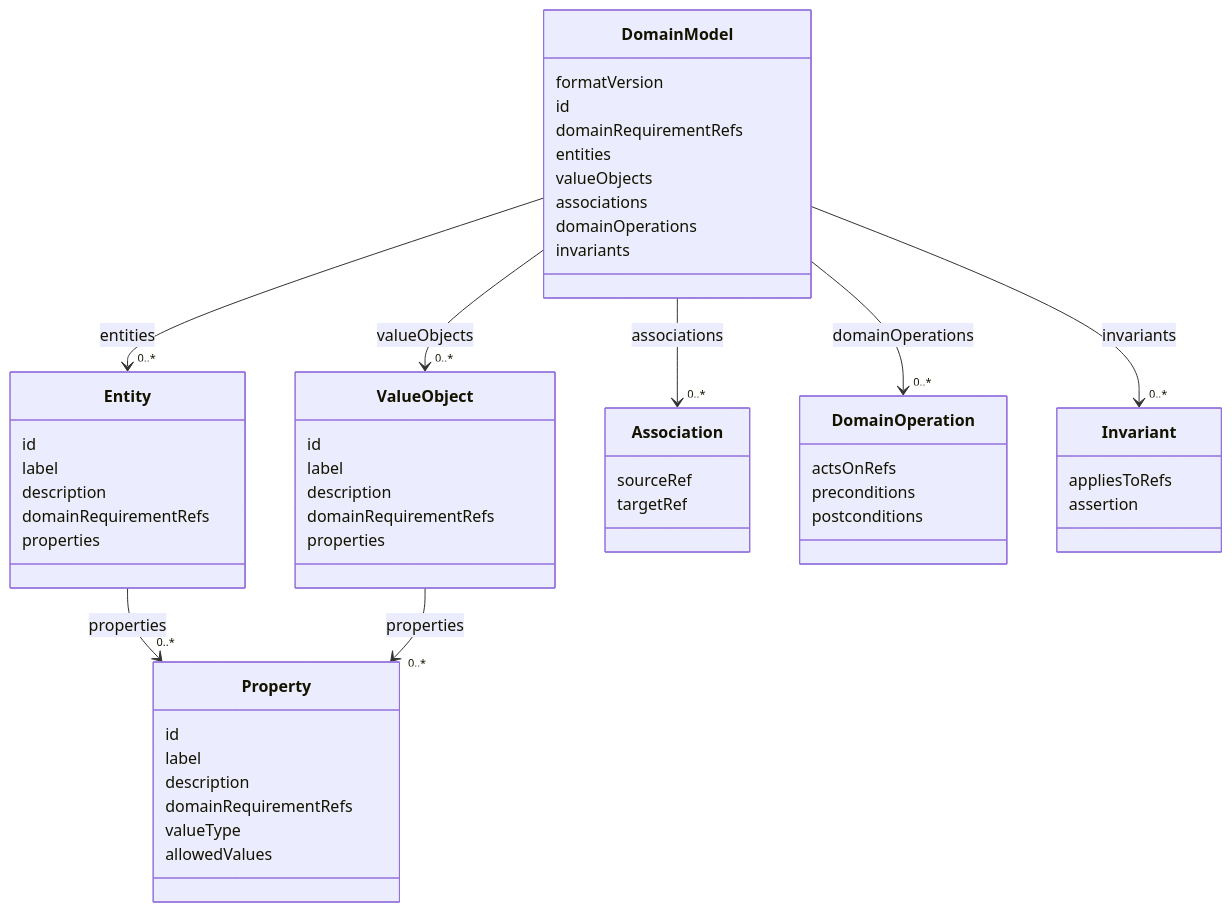
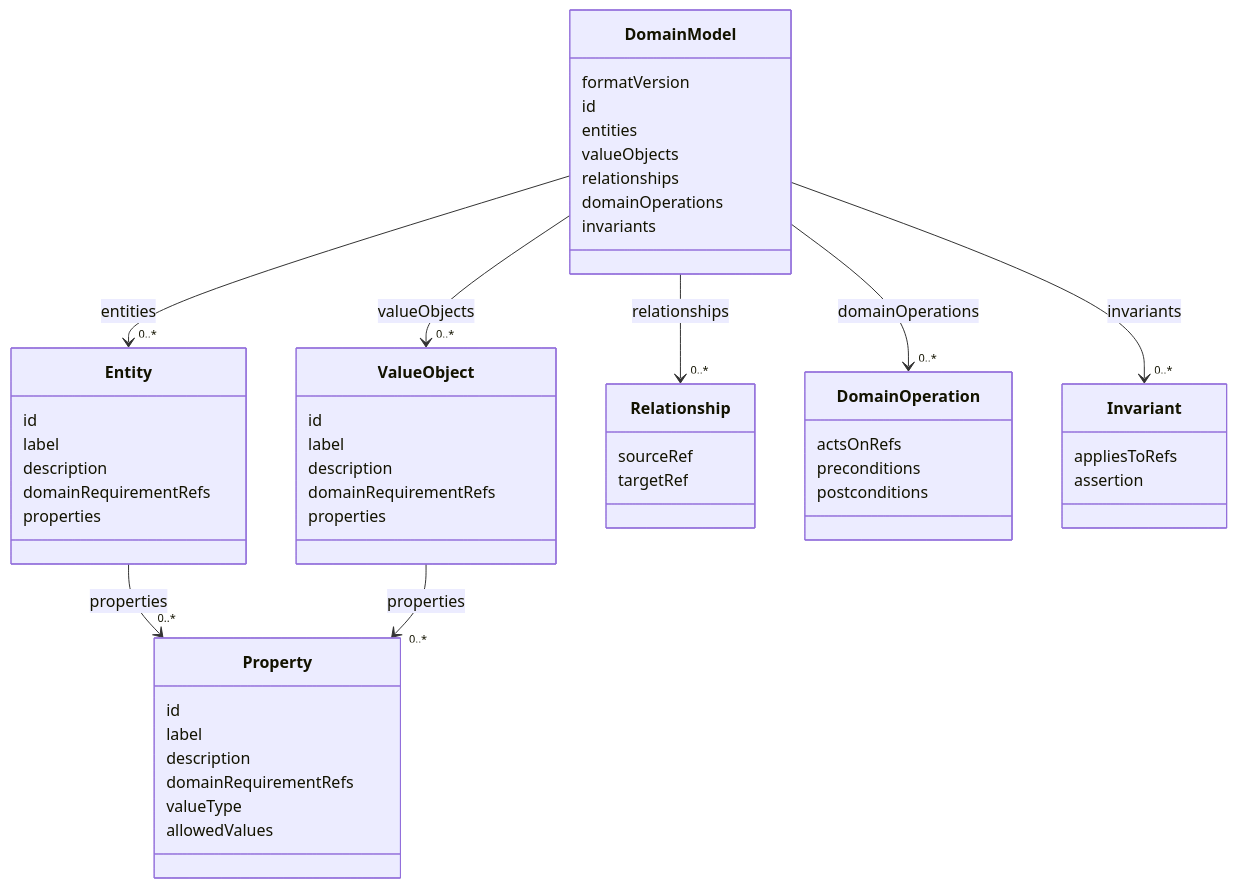
Before and after one commit to openuji/spec-ujg: the second of 2 diagrams in specs/ed/extensions/domain-model/index.md, drawn with Mermaid. The commit also changed other lines of this file and 27 other files, not shown here.

````diff
--- a/specs/ed/extensions/domain-model/index.md
+++ b/specs/ed/extensions/domain-model/index.md
@@ -87,55 +86,54 @@
 ```mermaid
 classDiagram
   class DomainModel {
     formatVersion
     id
-    domainRequirementRefs
     entities
     valueObjects
-    associations
+    relationships
     domainOperations
     invariants
   }
   class Entity {
     id
     label
     description
     domainRequirementRefs
     properties
   }
   class ValueObject {
     id
     label
     description
     domainRequirementRefs
     properties
   }
   class Property {
     id
     label
     description
     domainRequirementRefs
     valueType
     allowedValues
   }
-  class Association {
+  class Relationship {
     sourceRef
     targetRef
   }
   class DomainOperation {
     actsOnRefs
     preconditions
     postconditions
   }
   class Invariant {
     appliesToRefs
     assertion
   }
   DomainModel --> "0..*" Entity : entities
   DomainModel --> "0..*" ValueObject : valueObjects
-  DomainModel --> "0..*" Association : associations
+  DomainModel --> "0..*" Relationship : relationships
   DomainModel --> "0..*" DomainOperation : domainOperations
   DomainModel --> "0..*" Invariant : invariants
   Entity --> "0..*" Property : properties
   ValueObject --> "0..*" Property : properties
 ```
````
